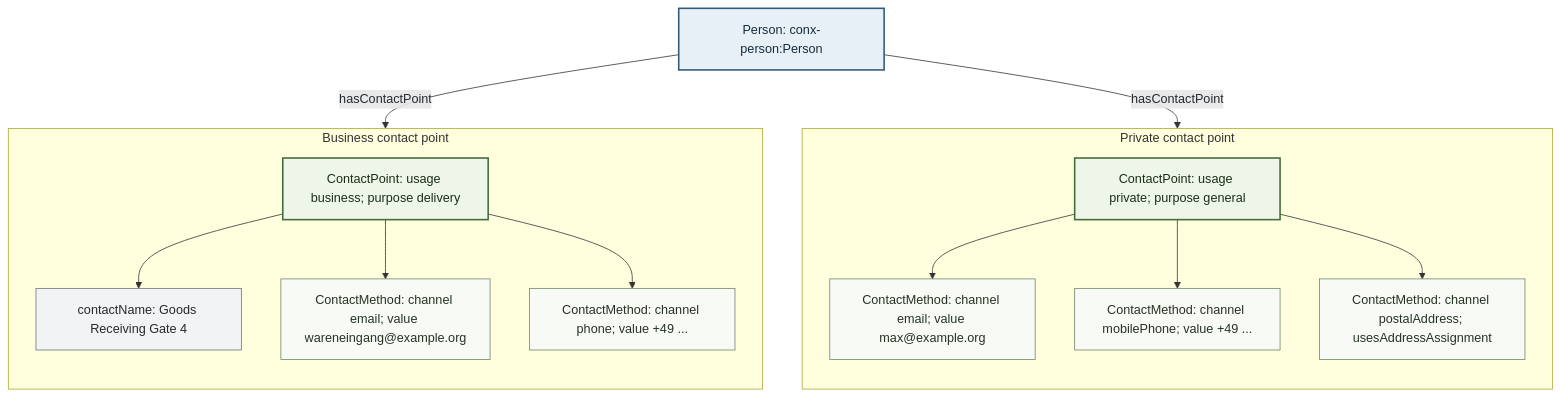
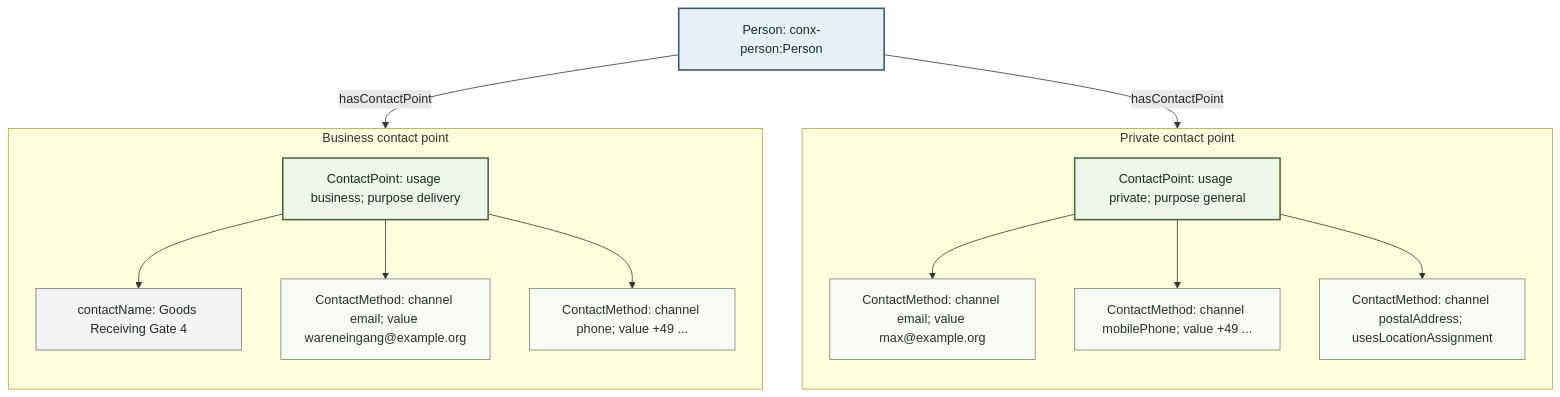
One commit to project-construct-x/constructx-ontologies changed the second of 5 diagrams in modules/core/contact/docs/diagrams/contact-concept-model.md. Above: the diagram before and after it, drawn with Mermaid. The commit also changed other lines of this file and 97 other files, not shown here.

Commit message:
feat(core): migrate Address and Contact to location assignments

````diff
--- a/modules/core/contact/docs/diagrams/contact-concept-model.md
+++ b/modules/core/contact/docs/diagrams/contact-concept-model.md
@@ -46,39 +46,39 @@
 ```mermaid
 flowchart TB
     Person["Person: conx-person:Person"]
 
     subgraph PRIVATE["Private contact point"]
         direction TB
         PrivatePoint["ContactPoint: usage private; purpose general"]
         PrivateEmail["ContactMethod: channel email; value max@example.org"]
         PrivateMobile["ContactMethod: channel mobilePhone; value +49 ..."]
-        PrivatePostal["ContactMethod: channel postalAddress; usesAddressAssignment"]
+        PrivatePostal["ContactMethod: channel postalAddress; usesLocationAssignment"]
         PrivatePoint --> PrivateEmail
         PrivatePoint --> PrivateMobile
         PrivatePoint --> PrivatePostal
     end
 
     subgraph BUSINESS["Business contact point"]
         direction TB
         BusinessPoint["ContactPoint: usage business; purpose delivery"]
         BusinessName["contactName: Goods Receiving Gate 4"]
         BusinessEmail["ContactMethod: channel email; value wareneingang@example.org"]
         BusinessPhone["ContactMethod: channel phone; value +49 ..."]
         BusinessPoint --> BusinessName
         BusinessPoint --> BusinessEmail
         BusinessPoint --> BusinessPhone
     end
 
     Person -->|"hasContactPoint"| PrivatePoint
     Person -->|"hasContactPoint"| BusinessPoint
 
     classDef person fill:#e7f0f7,stroke:#315b7d,color:#172b3a,stroke-width:2px;
     classDef point fill:#edf6e9,stroke:#466b3c,color:#1d2d19,stroke-width:2px;
     classDef method fill:#f7faf5,stroke:#71856a,color:#263323;
     classDef label fill:#f1f3f4,stroke:#6b747a,color:#252a2d;
 
     class Person person;
     class PrivatePoint,BusinessPoint point;
     class PrivateEmail,PrivateMobile,PrivatePostal,BusinessEmail,BusinessPhone method;
     class BusinessName label;
 ```
````
